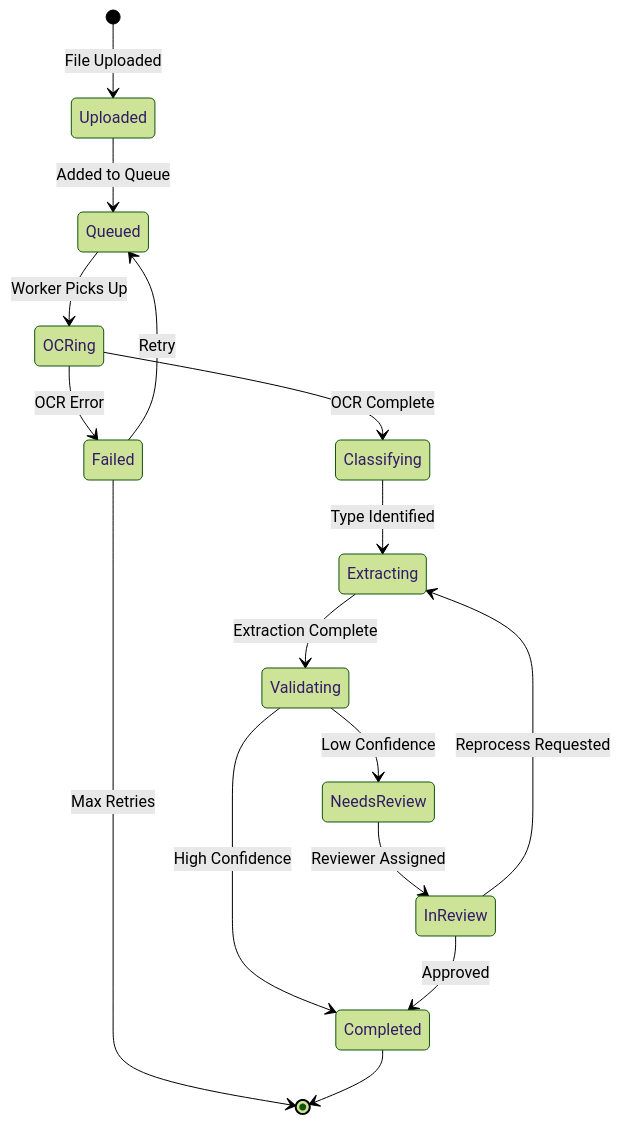
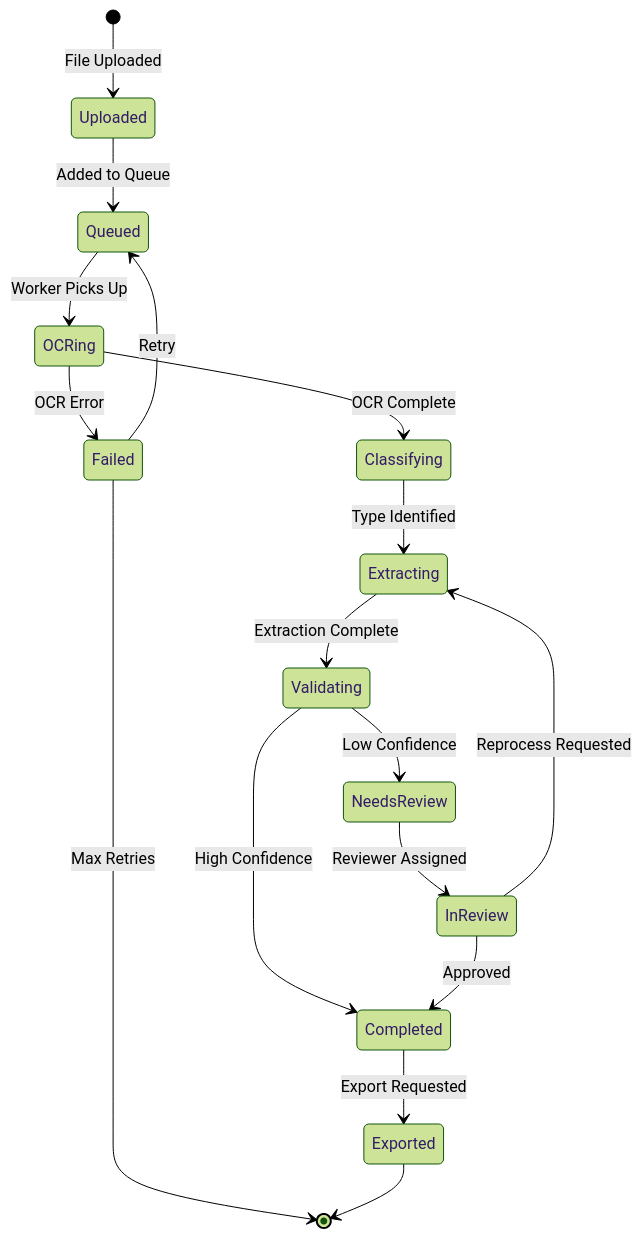
The first of 3 diagrams in Document Intelligence System/detailed-design/state-machine-diagram.md (0Ankit0/Project-Ideas), drawn with Mermaid (forest theme) before and after one commit. The commit also changed 21 other files, not shown here.

````diff
--- a/Document Intelligence System/detailed-design/state-machine-diagram.md
+++ b/Document Intelligence System/detailed-design/state-machine-diagram.md
@@ -5,21 +5,22 @@
 ```mermaid
 stateDiagram-v2
     [*] --> Uploaded: File Uploaded
     Uploaded --> Queued: Added to Queue
     Queued --> OCRing: Worker Picks Up
     OCRing --> Classifying: OCR Complete
     OCRing --> Failed: OCR Error
     
     Classifying --> Extracting: Type Identified
     Extracting --> Validating: Extraction Complete
     Validating --> NeedsReview: Low Confidence
     Validating --> Completed: High Confidence
     
     NeedsReview --> InReview: Reviewer Assigned
     InReview --> Completed: Approved
     InReview --> Extracting: Reprocess Requested
     
     Failed --> Queued: Retry
     Failed --> [*]: Max Retries
-    Completed --> [*]
+    Completed --> Exported: Export Requested
+    Exported --> [*]
 ```
````
